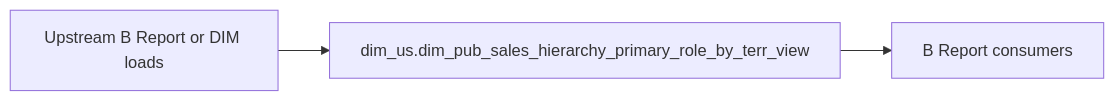
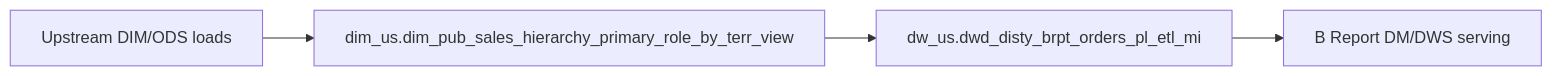
One commit to chengduhaha/data_agent changed the diagram in backend/defaults/b_report/workspace/target/knowledgebase/b-report-us/dim_pub_sales_hierarchy_primary_role_by_terr_view.md. Above: the diagram before and after it, drawn with Mermaid. The commit also changed other lines of this file and 1108 other files, not shown here.

````diff
--- a/backend/defaults/b_report/workspace/target/knowledgebase/b-report-us/dim_pub_sales_hierarchy_primary_role_by_terr_view.md
+++ b/backend/defaults/b_report/workspace/target/knowledgebase/b-report-us/dim_pub_sales_hierarchy_primary_role_by_terr_view.md
@@ -134,8 +133,10 @@
 ```mermaid
 flowchart LR
-  upstream[Upstream B Report or DIM loads]
-  tgt["dim_us.dim_pub_sales_hierarchy_primary_role_by_terr_view"]
-  brpt[B Report consumers]
-  upstream --> tgt
-  tgt --> brpt
+  upstream["Upstream DIM/ODS loads"]
+  dim["dim_us.dim_pub_sales_hierarchy_primary_role_by_terr_view"]
+  hub["dw_us.dwd_disty_brpt_orders_pl_etl_mi"]
+  dm["B Report DM/DWS serving"]
+  upstream --> dim
+  dim --> hub
+  hub --> dm
 ```
````
